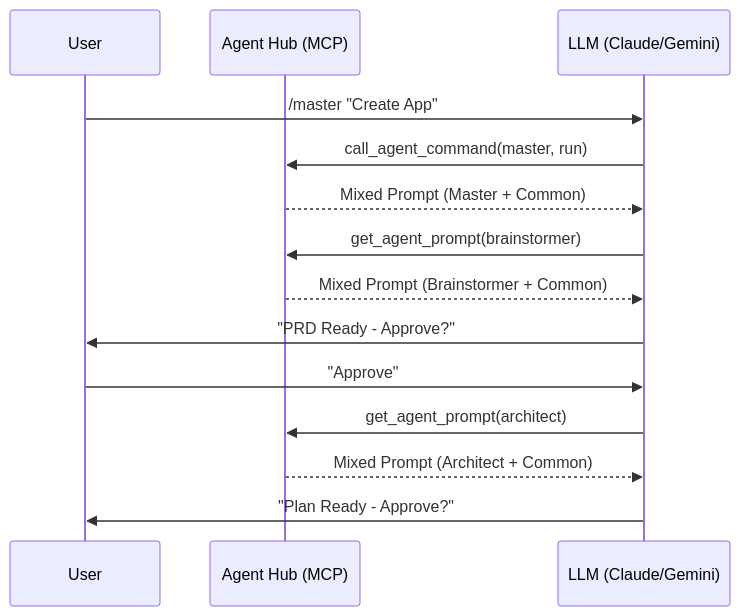
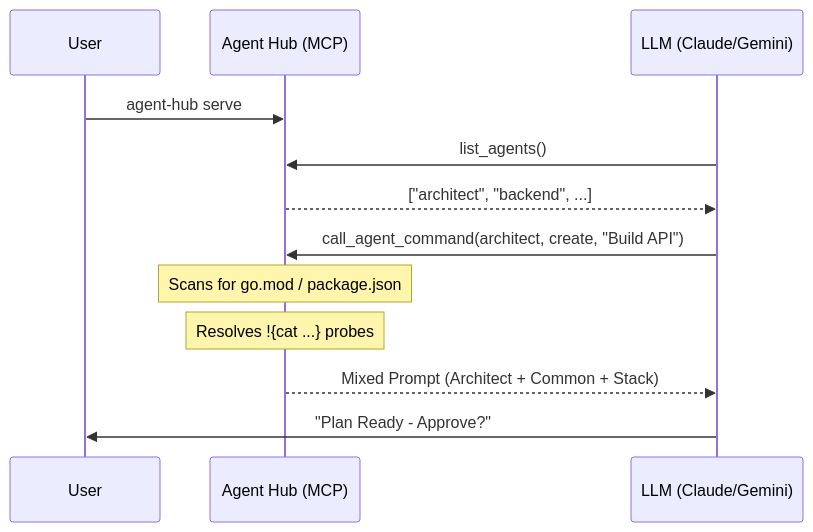
The diagram in docs/TECHNICAL_SPECS.md (SouzaEduardoAC/ai-agents), drawn with Mermaid before and after one commit. The commit also changed other lines of this file and 16 other files, not shown here.

Commit message:
docs: initialize Logseq knowledge graph and migrate documentation suite to outliner format

````diff
--- a/docs/TECHNICAL_SPECS.md
+++ b/docs/TECHNICAL_SPECS.md
@@ -36,17 +40,15 @@
 ```mermaid
 sequenceDiagram
     participant U as User
     participant H as Agent Hub (MCP)
     participant L as LLM (Claude/Gemini)
 
-    U->>L: /master "Create App"
-    L->>H: call_agent_command(master, run)
-    H-->>L: Mixed Prompt (Master + Common)
-    L->>H: get_agent_prompt(brainstormer)
-    H-->>L: Mixed Prompt (Brainstormer + Common)
-    L->>U: "PRD Ready - Approve?"
-    U->>L: "Approve"
-    L->>H: get_agent_prompt(architect)
-    H-->>L: Mixed Prompt (Architect + Common)
+    U->>H: agent-hub serve
+    L->>H: list_agents()
+    H-->>L: ["architect", "backend", ...]
+    L->>H: call_agent_command(architect, create, "Build API")
+    Note over H: Scans for go.mod / package.json
+    Note over H: Resolves !{cat ...} probes
+    H-->>L: Mixed Prompt (Architect + Common + Stack)
     L->>U: "Plan Ready - Approve?"
 ```
````
